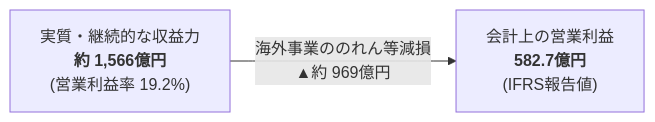
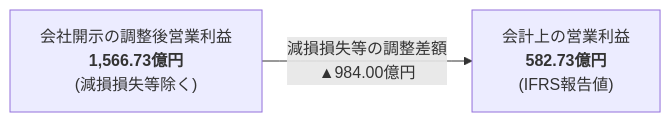
Before and after one commit to moruku36/nri-2026-company-analysis: the first of 3 diagrams in 02-financial-market/financial-performance.md, drawn with Mermaid. The commit also changed other lines of this file and 5 other files, not shown here.

````diff
--- a/02-financial-market/financial-performance.md
+++ b/02-financial-market/financial-performance.md
@@ -45,4 +45,4 @@
 ```mermaid
 flowchart LR
-    A["実質・継続的な収益力<br><b>約 1,566億円</b><br>(営業利益率 19.2%)"] -->|海外事業ののれん等減損<br>▲約 969億円| B["会計上の営業利益<br><b>582.7億円</b><br>(IFRS報告値)"]
+    A["会社開示の調整後営業利益<br><b>1,566.73億円</b><br>(減損損失等除く)"] -->|減損損失等の調整差額<br>▲984.00億円| B["会計上の営業利益<br><b>582.73億円</b><br>(IFRS報告値)"]
 ```
````
